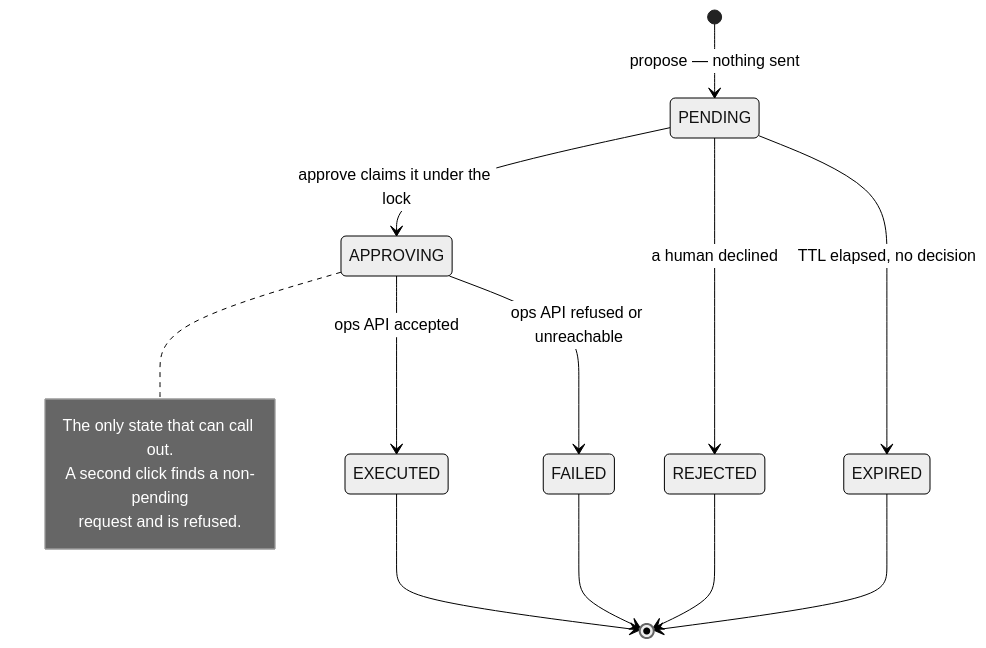
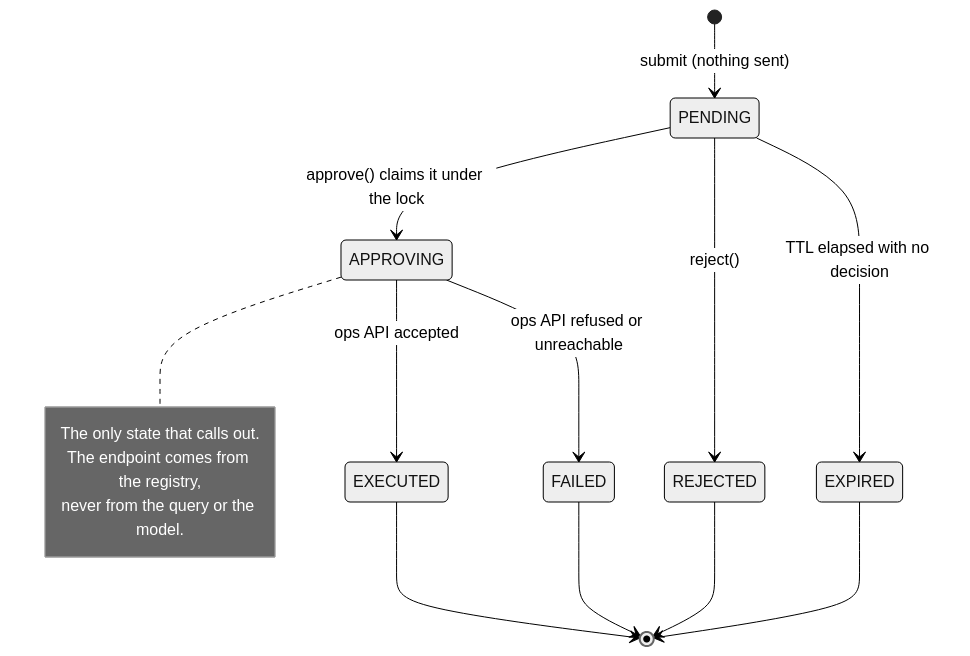
Before and after one commit to dev-sas002/agentic-knowledge-assistant: the second of 2 diagrams in README.md, drawn with Mermaid (neutral theme). The commit also changed other lines of this file, not shown here.

````diff
--- a/README.md
+++ b/README.md
@@ -110,18 +83,18 @@
 ```mermaid
 stateDiagram-v2
-    [*] --> PENDING: propose — nothing sent
-    PENDING --> APPROVING: approve claims it under the lock
-    PENDING --> REJECTED: a human declined
-    PENDING --> EXPIRED: TTL elapsed, no decision
+    [*] --> PENDING: submit (nothing sent)
+    PENDING --> APPROVING: approve() claims it under the lock
+    PENDING --> REJECTED: reject()
+    PENDING --> EXPIRED: TTL elapsed with no decision
     APPROVING --> EXECUTED: ops API accepted
     APPROVING --> FAILED: ops API refused or unreachable
     EXECUTED --> [*]
     FAILED --> [*]
     REJECTED --> [*]
     EXPIRED --> [*]
     note right of APPROVING
-        The only state that can call out.
-        A second click finds a non-pending
-        request and is refused.
+        The only state that calls out.
+        The endpoint comes from the registry,
+        never from the query or the model.
     end note
 ```
````
